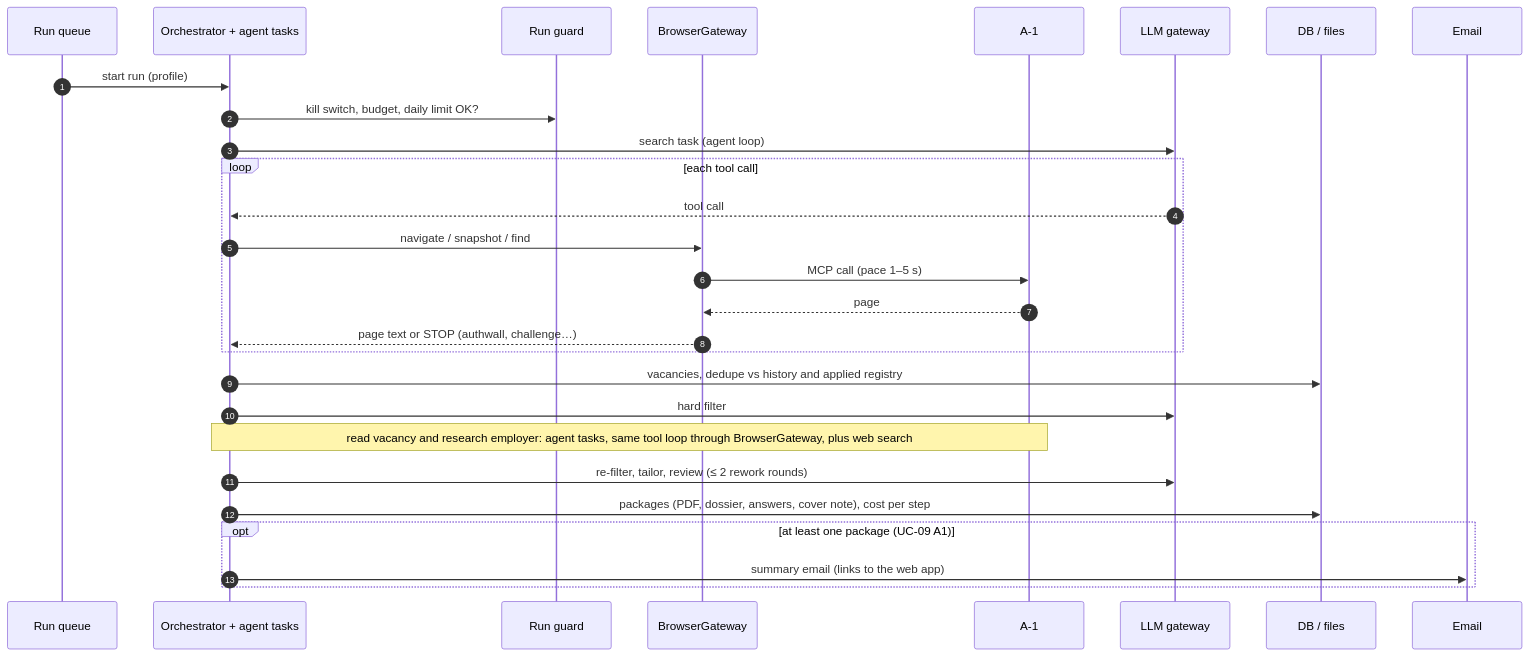
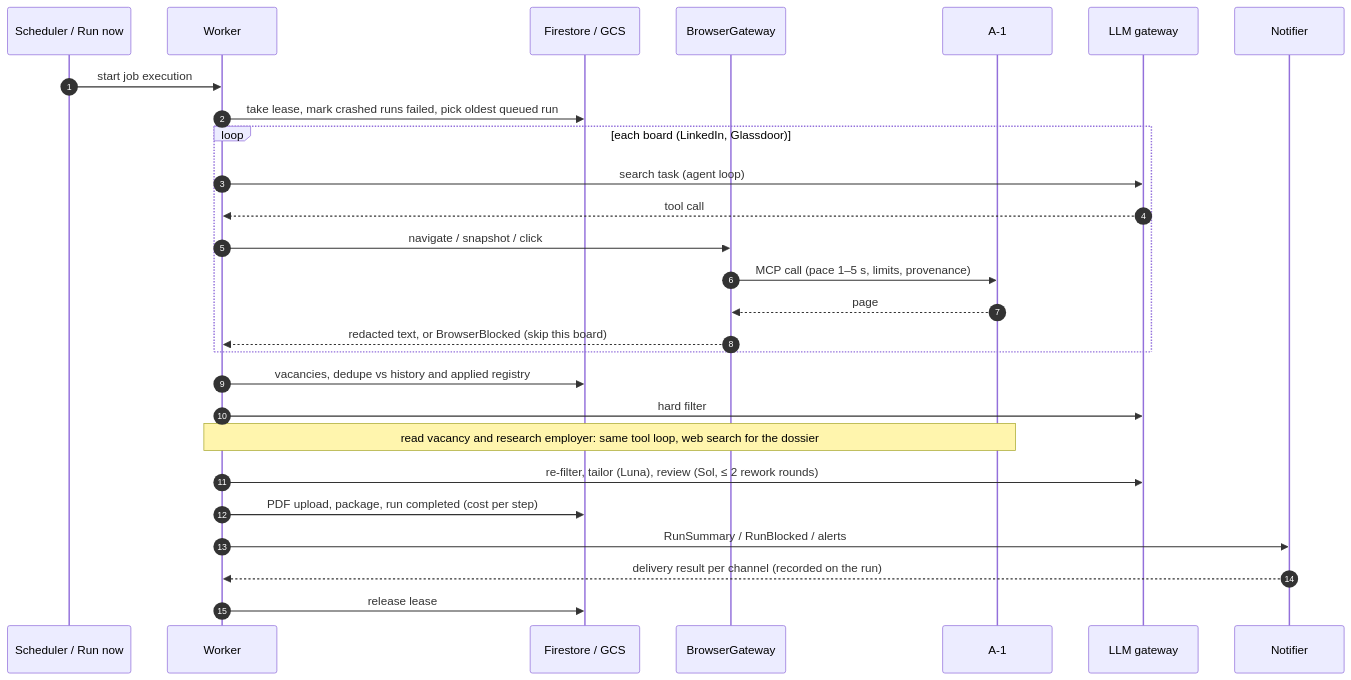
Before and after one commit to ArtemenkoAndrii/job-assistant: the fourth of 5 diagrams in docs/architecture.md, drawn with Mermaid. The commit also changed other lines of this file and 2 other files, not shown here.

First line of the commit message:
Architecture v1: consolidate ADR-0004 to ADR-0011 (#65)

````diff
--- a/docs/architecture.md
+++ b/docs/architecture.md
@@ -136,31 +144,30 @@
 ```mermaid
 sequenceDiagram
     autonumber
-    participant Q as Run queue
-    participant O as Orchestrator + agent tasks
-    participant G as Run guard
+    participant S as Scheduler / Run now
+    participant W as Worker
+    participant F as Firestore / GCS
     participant B as BrowserGateway
     participant A as A-1
     participant L as LLM gateway
-    participant D as DB / files
-    participant M as Email
+    participant N as Notifier
 
-    Q->>O: start run (profile)
-    O->>G: kill switch, budget, daily limit OK?
-    O->>L: search task (agent loop)
-    loop each tool call
-        L-->>O: tool call
-        O->>B: navigate / snapshot / find
-        B->>A: MCP call (pace 1–5 s)
+    S->>W: start job execution
+    W->>F: take lease, mark crashed runs failed, pick oldest queued run
+    loop each board (LinkedIn, Glassdoor)
+        W->>L: search task (agent loop)
+        L-->>W: tool call
+        W->>B: navigate / snapshot / click
+        B->>A: MCP call (pace 1–5 s, limits, provenance)
         A-->>B: page
-        B-->>O: page text or STOP (authwall, challenge…)
+        B-->>W: redacted text, or BrowserBlocked (skip this board)
     end
-    O->>D: vacancies, dedupe vs history and applied registry
-    O->>L: hard filter
-    Note over O,A: read vacancy and research employer: agent tasks, same tool loop through BrowserGateway, plus web search
-    O->>L: re-filter, tailor, review (≤ 2 rework rounds)
-    O->>D: packages (PDF, dossier, answers, cover note), cost per step
-    opt at least one package (UC-09 A1)
-        O->>M: summary email (links to the web app)
-    end
+    W->>F: vacancies, dedupe vs history and applied registry
+    W->>L: hard filter
+    Note over W,A: read vacancy and research employer: same tool loop, web search for the dossier
+    W->>L: re-filter, tailor (Luna), review (Sol, ≤ 2 rework rounds)
+    W->>F: PDF upload, package, run completed (cost per step)
+    W->>N: RunSummary / RunBlocked / alerts
+    N-->>W: delivery result per channel (recorded on the run)
+    W->>F: release lease
 ```
````
